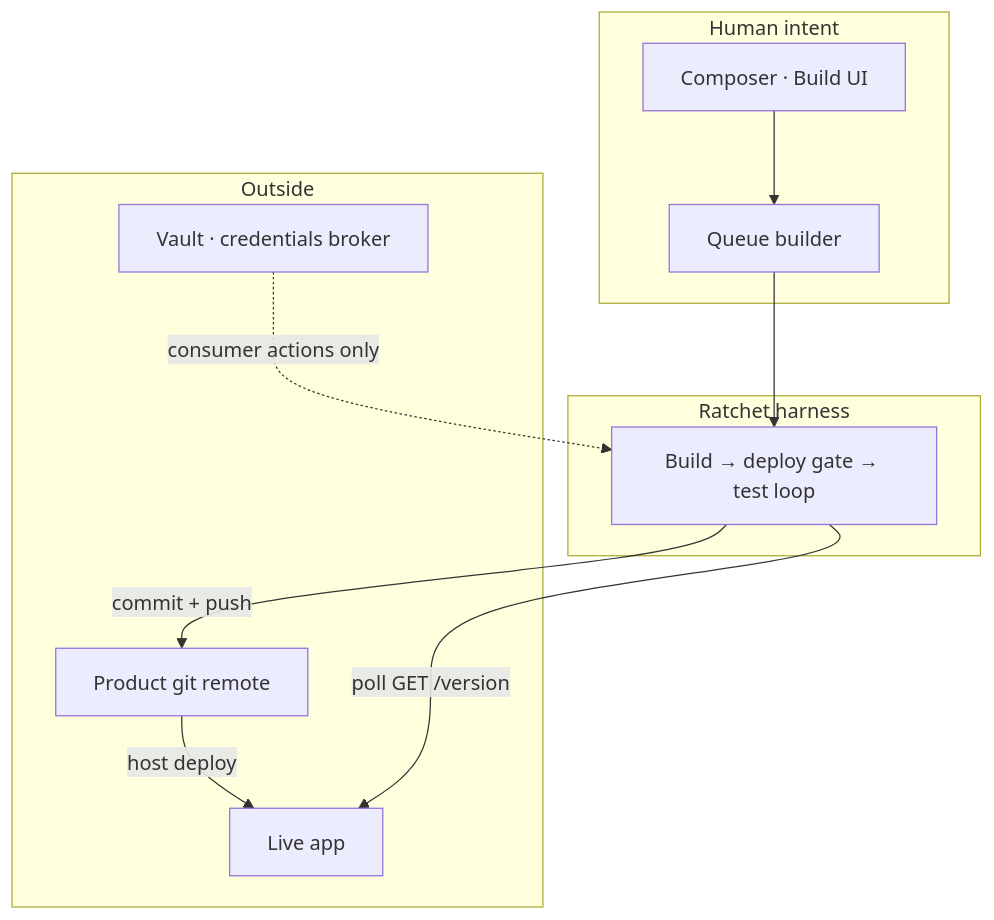
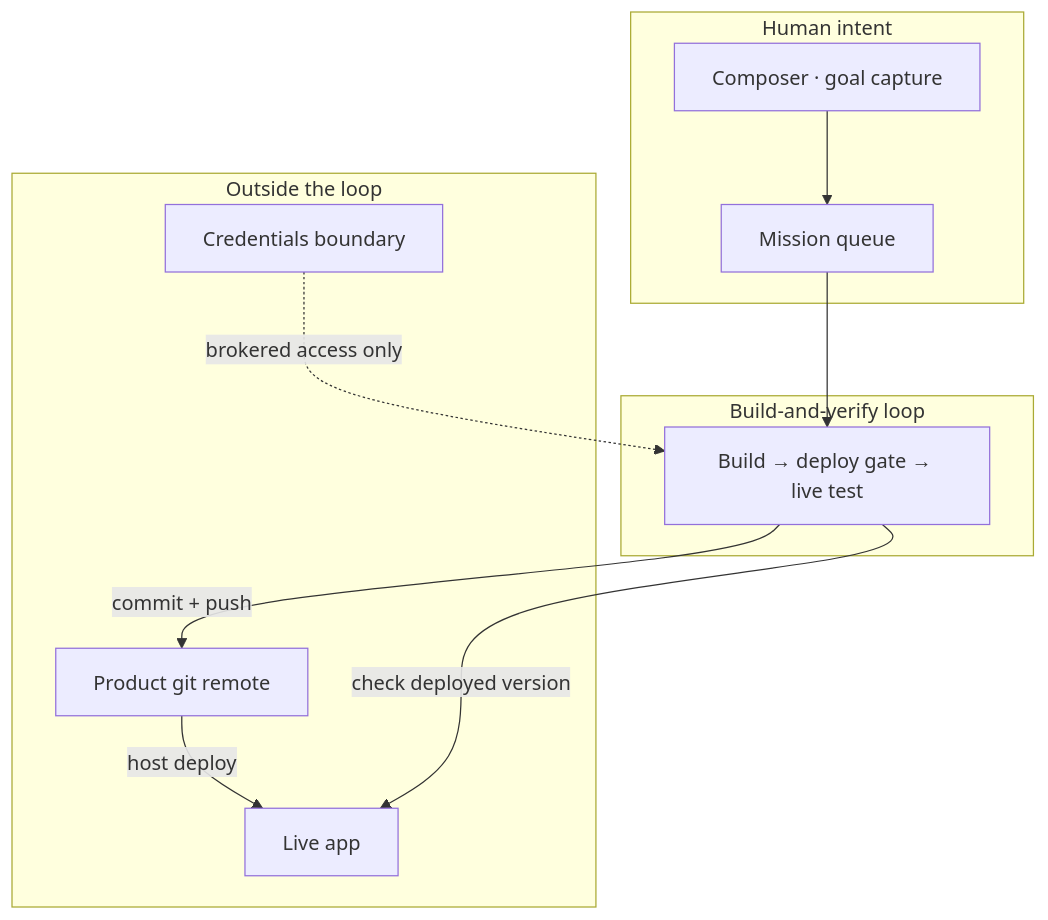
One commit to southu/vygo changed the first of 2 diagrams in apps/web/public/content/vibe-coding/ratchet-guide/architecture.md. Above: the diagram before and after it, drawn with Mermaid. The commit also changed other lines of this file and 42 other files, not shown here.

````diff
--- a/apps/web/public/content/vibe-coding/ratchet-guide/architecture.md
+++ b/apps/web/public/content/vibe-coding/ratchet-guide/architecture.md
@@ -9,23 +11,23 @@
 ```mermaid
 flowchart TB
   subgraph human [Human intent]
-    UI[Composer · Build UI]
-    QB[Queue builder]
+    UI[Composer · goal capture]
+    Q[Mission queue]
   end
 
-  subgraph factory [Ratchet harness]
-    H[Build → deploy gate → test loop]
+  subgraph factory [Build-and-verify loop]
+    H[Build → deploy gate → live test]
   end
 
-  subgraph outside [Outside]
+  subgraph outside [Outside the loop]
     GH[Product git remote]
     LIVE[Live app]
-    V[Vault · credentials broker]
+    V[Credentials boundary]
   end
 
-  UI --> QB --> H
-  V -.->|consumer actions only| H
+  UI --> Q --> H
+  V -.->|brokered access only| H
   H -->|commit + push| GH
   GH -->|host deploy| LIVE
-  H -->|poll GET /version| LIVE
+  H -->|check deployed version| LIVE
 ```
````
